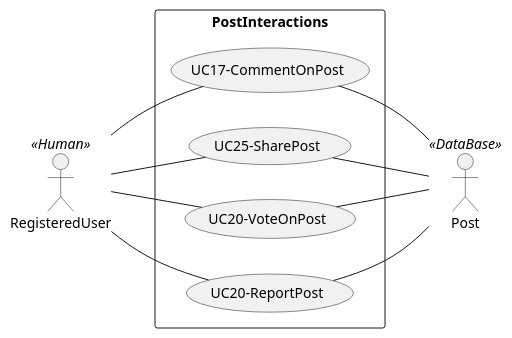
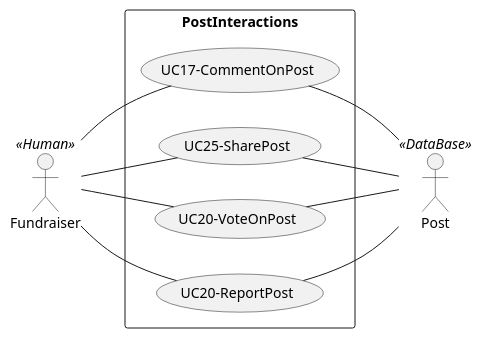
The diagram in Conception/Diagrams/plantUml/Use Cases/Post_Interactions.puml (mlnomadpy/Sahem), drawn with PlantUML before and after one commit. The commit also changed 30 other files, not shown here.

Commit message:
exported diagrams in out/conception

```diff
--- a/Conception/Diagrams/plantUml/Use Cases/Post_Interactions.puml
+++ b/Conception/Diagrams/plantUml/Use Cases/Post_Interactions.puml
@@ -2,27 +2,27 @@
 @startuml PostInteractions
 left to right direction
 skinparam packageStyle rectangle
-actor RegisteredUser as A3 << Human >>
+actor Fundraiser as A3 << Human >>
 actor Post as A8 << DataBase >>
 ' actor Post as A8 << Database >>
 
 ' usecase (UC4-ShareToSocialMedia) as UC4
 ' A1 -- (UC4)
 ' (UC4) -- A6
 
 rectangle PostInteractions {
     usecase (UC17-CommentOnPost) as UC17
     usecase (UC25-SharePost) as UC25
     usecase (UC20-VoteOnPost) as UC20
     usecase (UC20-ReportPost) as UC29
     (UC17) -- A8
     (UC25) -- A8
     (UC20) -- A8
     (UC29) -- A8
     A3 -- (UC17)
     A3 -- (UC25)
     A3 -- (UC20)
     A3 -- (UC29)
 }
 
 @enduml
```
